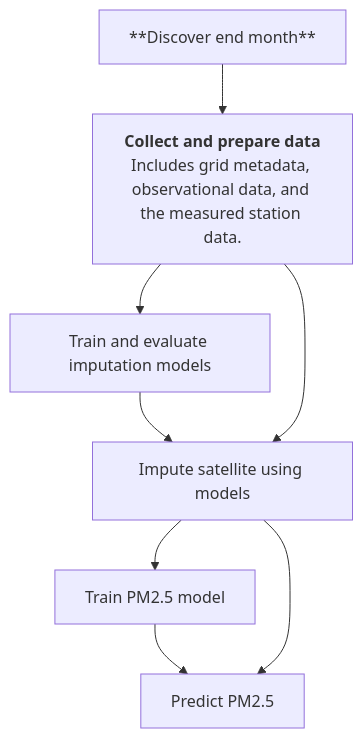
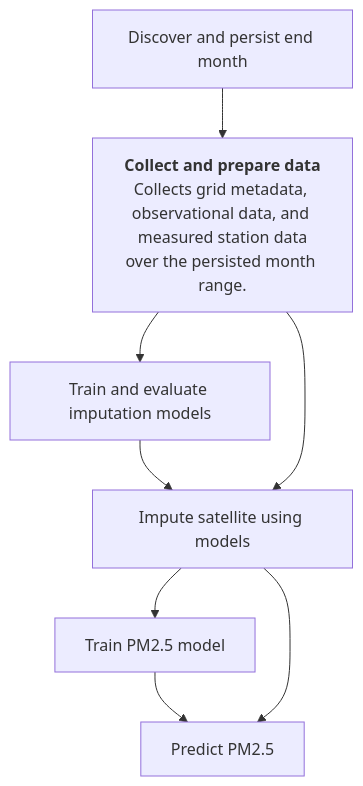
Before and after one commit to energyandcleanair/pm25ml: the first of 6 diagrams in README.md, drawn with Mermaid. The commit also changed other lines of this file and 45 other files, not shown here.

Commit message:
Rearchitect temporal config

````diff
--- a/README.md
+++ b/README.md
@@ -207,25 +207,26 @@
 ```mermaid
 %%{init: {"flowchart": {"htmlLabels": false}} }%%
 flowchart TB
-  discover_end_month["**Discover end month**"]
   train_pm25_model["Train PM2.5 model"]
+  discover_end_month["Discover and persist end month"]
   collect_features["`
     **Collect and prepare data**
-    Includes grid metadata, observational data, and the measured station data.
+    Collects grid metadata, observational data, and measured station data
+    over the persisted month range.
   `"]
   impute_satellite["Impute satellite using models"]
   train_imputation_models["Train and evaluate imputation models"]
   predict_pm25["Predict PM2.5"]
 
-  discover_end_month --> collect_features
   train_imputation_models --> impute_satellite
 
+  discover_end_month --> collect_features
   collect_features --> impute_satellite
   collect_features --> train_imputation_models
   
   impute_satellite --> train_pm25_model
   train_pm25_model --> predict_pm25
   impute_satellite --> predict_pm25
 
 
 ```
````
